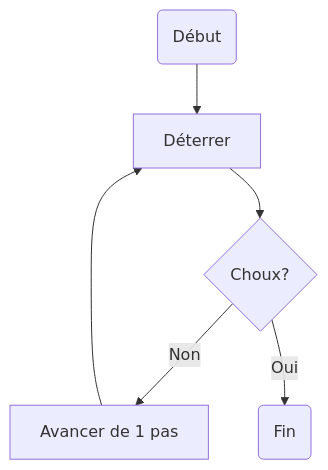
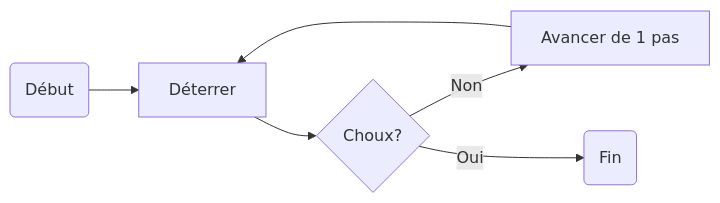
One commit to heig-tin-info/handbook changed the diagram in docs/course-c/15-fundations/datatype.md. Above: the diagram before and after it, drawn with Mermaid. The commit also changed other lines of this file and 64 other files, not shown here.

````diff
--- a/docs/course-c/15-fundations/datatype.md
+++ b/docs/course-c/15-fundations/datatype.md
@@ -343,8 +343,8 @@
     ```mermaid
-    flowchart TD
+    flowchart LR
         start(Début) --> pick[Déterrer]
         pick --> if{Choux?}
         if --Non--> step[Avancer de 1 pas]
         step --> pick
         if --Oui--> stop(Fin)
     ```
````
